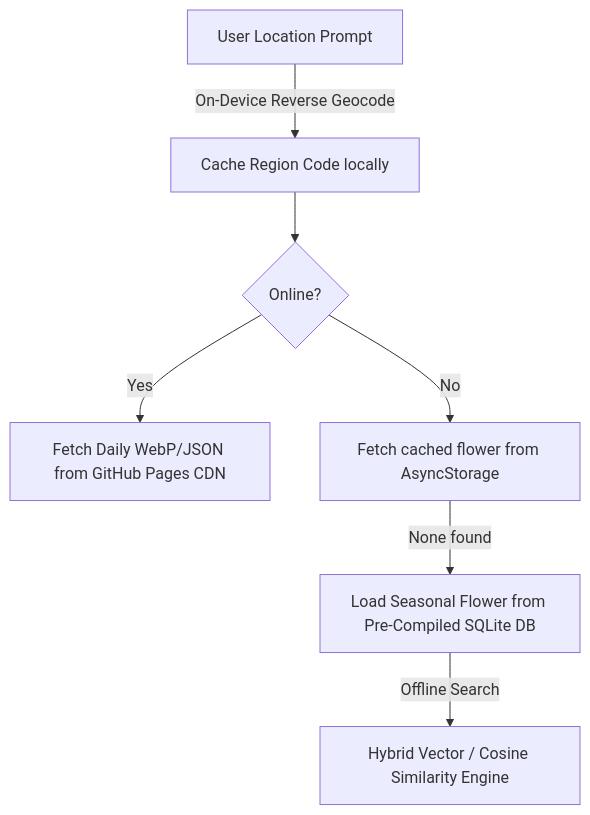
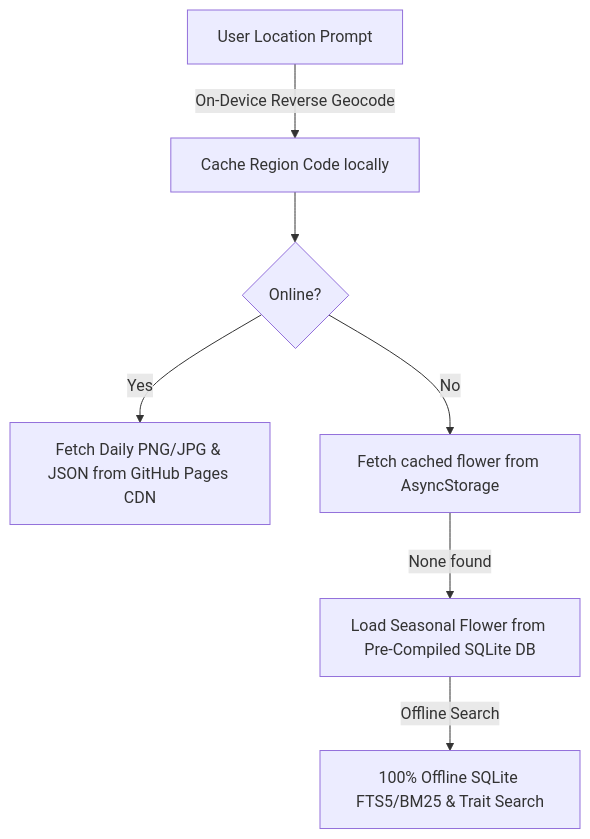
The diagram in README.md (TheScottyB/playing-in-the-sandbox-staring-at-flowers), drawn with Mermaid before and after one commit. The commit also changed other lines of this file and 74 other files, not shown here.

First line of the commit message:
Always show a real flower photo; fix App Review 2.1 (1.3.0)

````diff
--- a/README.md
+++ b/README.md
@@ -11,9 +11,9 @@
 ```mermaid
 graph TD
     A[User Location Prompt] -->|On-Device Reverse Geocode| B[Cache Region Code locally]
     B --> C{Online?}
-    C -->|Yes| D[Fetch Daily WebP/JSON from GitHub Pages CDN]
+    C -->|Yes| D[Fetch Daily PNG/JPG & JSON from GitHub Pages CDN]
     C -->|No| E[Fetch cached flower from AsyncStorage]
     E -->|None found| F[Load Seasonal Flower from Pre-Compiled SQLite DB]
-    F -->|Offline Search| G[Hybrid Vector / Cosine Similarity Engine]
+    F -->|Offline Search| G[100% Offline SQLite FTS5/BM25 & Trait Search]
 ```
````
